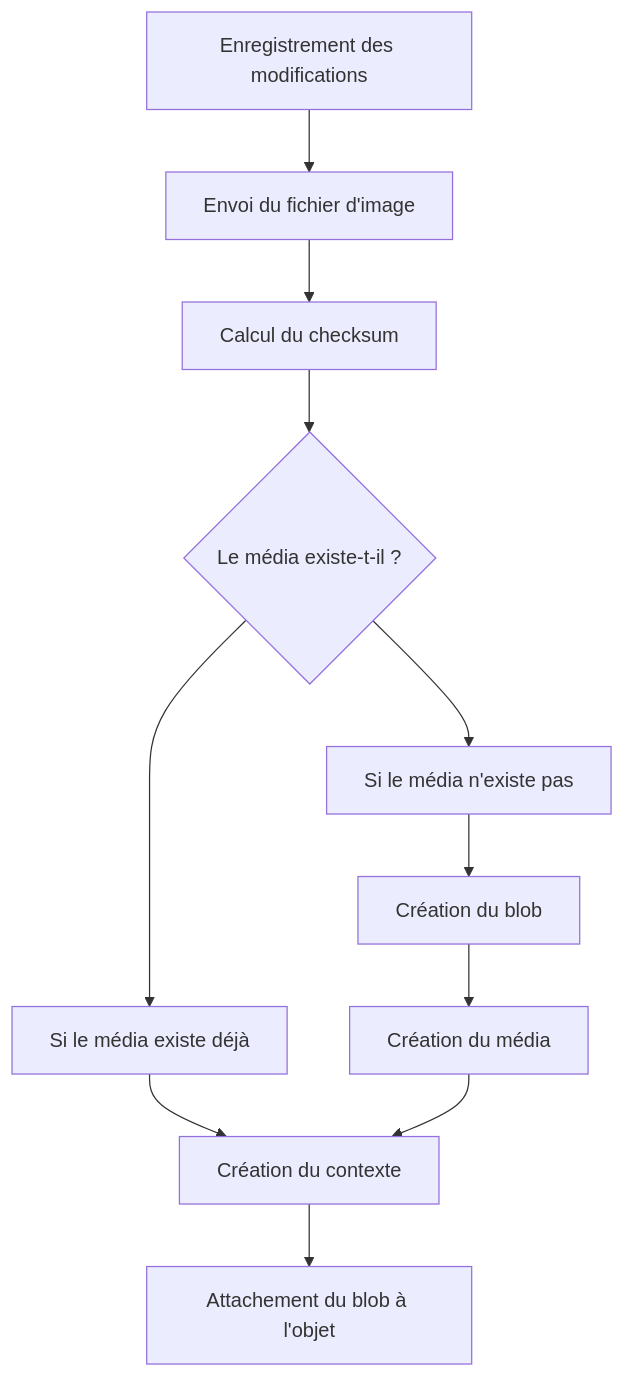
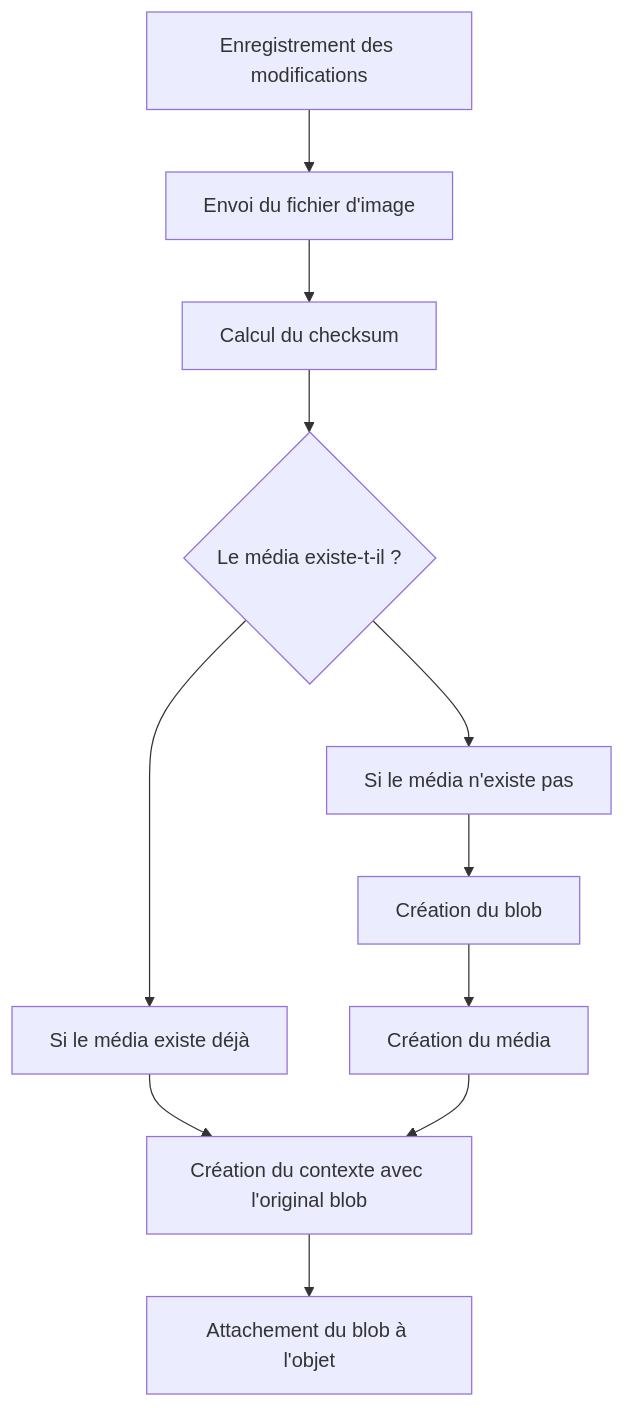
One commit to osunyorg/developers changed the first of 4 diagrams in content/docs/admin/composants/media-library.md. Above: the diagram before and after it, drawn with Mermaid. The commit also changed other lines of this file, not shown here.

````diff
--- a/content/docs/admin/composants/media-library.md
+++ b/content/docs/admin/composants/media-library.md
@@ -291,18 +291,18 @@
 ```mermaid
 graph TD;
   Enregistrement-->Envoi-->Checksum-->Media;
   Media-->MediaOui-->Contexte;
   Media-->MediaNon-->CreationBlob-->CreationMedia-->Contexte;
   Contexte-->Attachement;
 
   Enregistrement["Enregistrement des modifications"];
   Envoi["Envoi du fichier d'image"];
   Checksum["Calcul du checksum"];
   Media{"Le média existe-t-il ?"};
   CreationBlob["Création du blob"];
   MediaOui["Si le média existe déjà"];
   MediaNon["Si le média n'existe pas"];
   CreationMedia["Création du média"];
-  Contexte["Création du contexte"];
+  Contexte["Création du contexte avec l'original blob"];
   Attachement["Attachement du blob à l'objet"]
 ```
````
